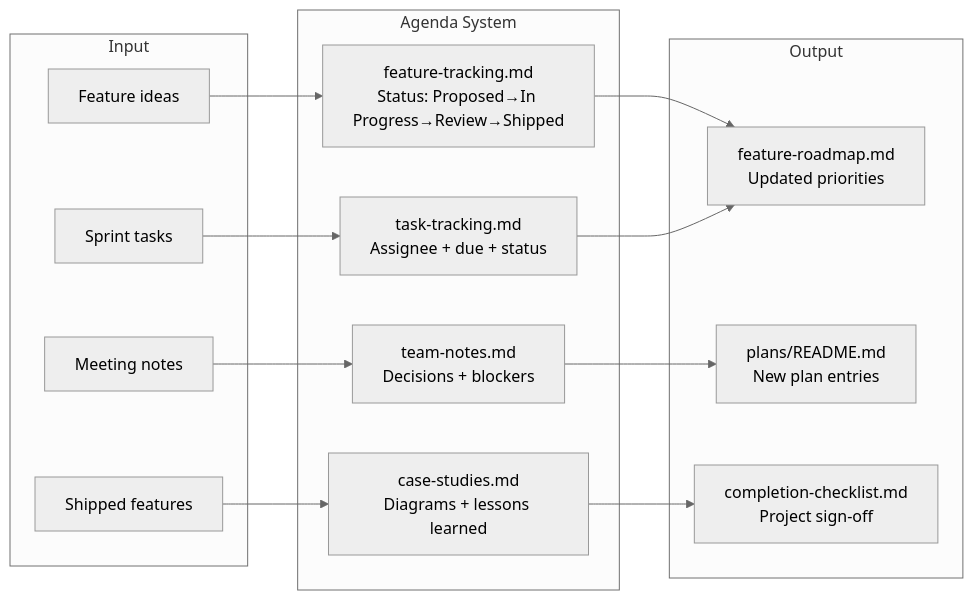
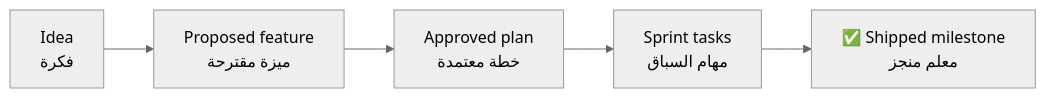
The second of 2 diagrams in docs/agenda/MAIN.md (mammhoud/django-fusion), drawn with Mermaid (neutral theme) before and after one commit. The commit also changed other lines of this file and 261 other files, not shown here.

````diff
--- a/docs/agenda/MAIN.md
+++ b/docs/agenda/MAIN.md
@@ -122,32 +103,7 @@
 ```mermaid
 graph LR
-    subgraph "Input"
-        Ideas["Feature ideas"]
-        Meetings["Meeting notes"]
-        Tasks["Sprint tasks"]
-        Shipped["Shipped features"]
-    end
-
-    subgraph "Agenda System"
-        FT["feature-tracking.md<br/>Status: Proposed→In Progress→Review→Shipped"]
-        CS["case-studies.md<br/>Diagrams + lessons learned"]
-        TN["team-notes.md<br/>Decisions + blockers"]
-        TT["task-tracking.md<br/>Assignee + due + status"]
-    end
-
-    subgraph "Output"
-        ROADMAP["feature-roadmap.md<br/>Updated priorities"]
-        PLANS["plans/README.md<br/>New plan entries"]
-        CLOSEOUT["completion-checklist.md<br/>Project sign-off"]
-    end
-
-    Ideas --> FT
-    Meetings --> TN
-    Tasks --> TT
-    Shipped --> CS
-
-    FT --> ROADMAP
-    TN --> PLANS
-    TT --> ROADMAP
-    CS --> CLOSEOUT
+    IDEA["Idea<br/>فكرة"] --> PROPOSED["Proposed feature<br/>ميزة مقترحة"]
+    PROPOSED --> PLAN["Approved plan<br/>خطة معتمدة"]
+    PLAN --> TASKS["Sprint tasks<br/>مهام السباق"]
+    TASKS --> MILESTONE["✅ Shipped milestone<br/>معلم منجز"]
 ```
````
